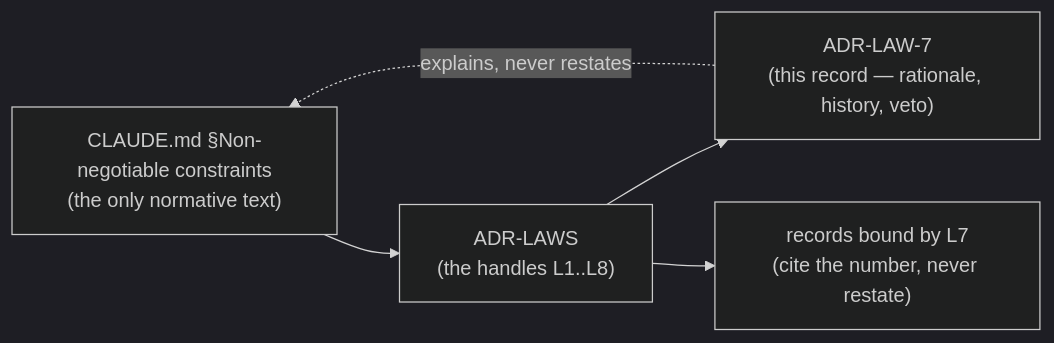
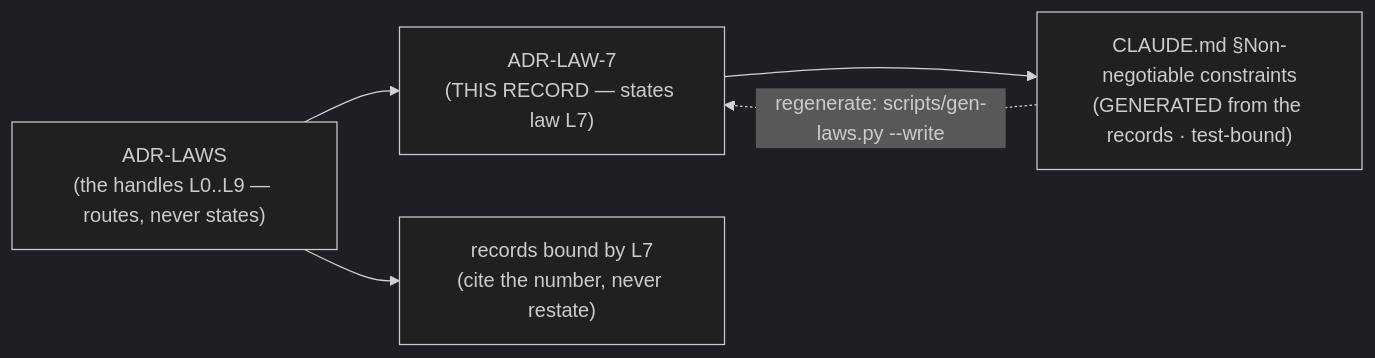
One commit to arpitarya/fux changed the diagram in docs/adr/0009_LAW-7-python-311.md. Above: the diagram before and after it, drawn with Mermaid (dark theme). The commit also changed other lines of this file and 190 other files, not shown here.

````diff
--- a/docs/adr/0009_LAW-7-python-311.md
+++ b/docs/adr/0009_LAW-7-python-311.md
@@ -46,10 +48,11 @@
 ```mermaid
 flowchart LR
-    C["CLAUDE.md §Non-negotiable constraints<br/>(the only normative text)"]
-    N["ADR-LAWS<br/>(the handles L1..L8)"]
-    R["ADR-LAW-7<br/>(this record — rationale, history, veto)"]
+    R["ADR-LAW-7<br/>(THIS RECORD — states law L7)"]
+    N["ADR-LAWS<br/>(the handles L0..L9 — routes, never states)"]
+    C["CLAUDE.md §Non-negotiable constraints<br/>(GENERATED from the records · test-bound)"]
     B["records bound by L7<br/>(cite the number, never restate)"]
-    C --> N --> R
+    R --> C
+    N --> R
     N --> B
-    R -. "explains, never restates" .-> C
+    C -. "regenerate: scripts/gen-laws.py --write" .-> R
 ```
````
